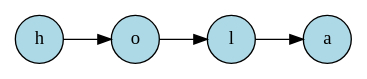
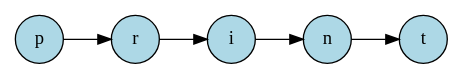
One commit to TheDavidF/Analizador-l-xico-y-Sint-ctico changed the diagram in graph.dot. Above: the diagram before and after it, drawn with Graphviz. The commit also changed 10 other files, not shown here.

```diff
--- a/graph.dot
+++ b/graph.dot
@@ -1,4 +1,4 @@
 digraph G {
    node [shape = circle, style = filled, fillcolor = lightblue]
    rankdir=LR
-"h"->"o"->"l"->"a"}
+"p"->"r"->"i"->"n"->"t"}
```
